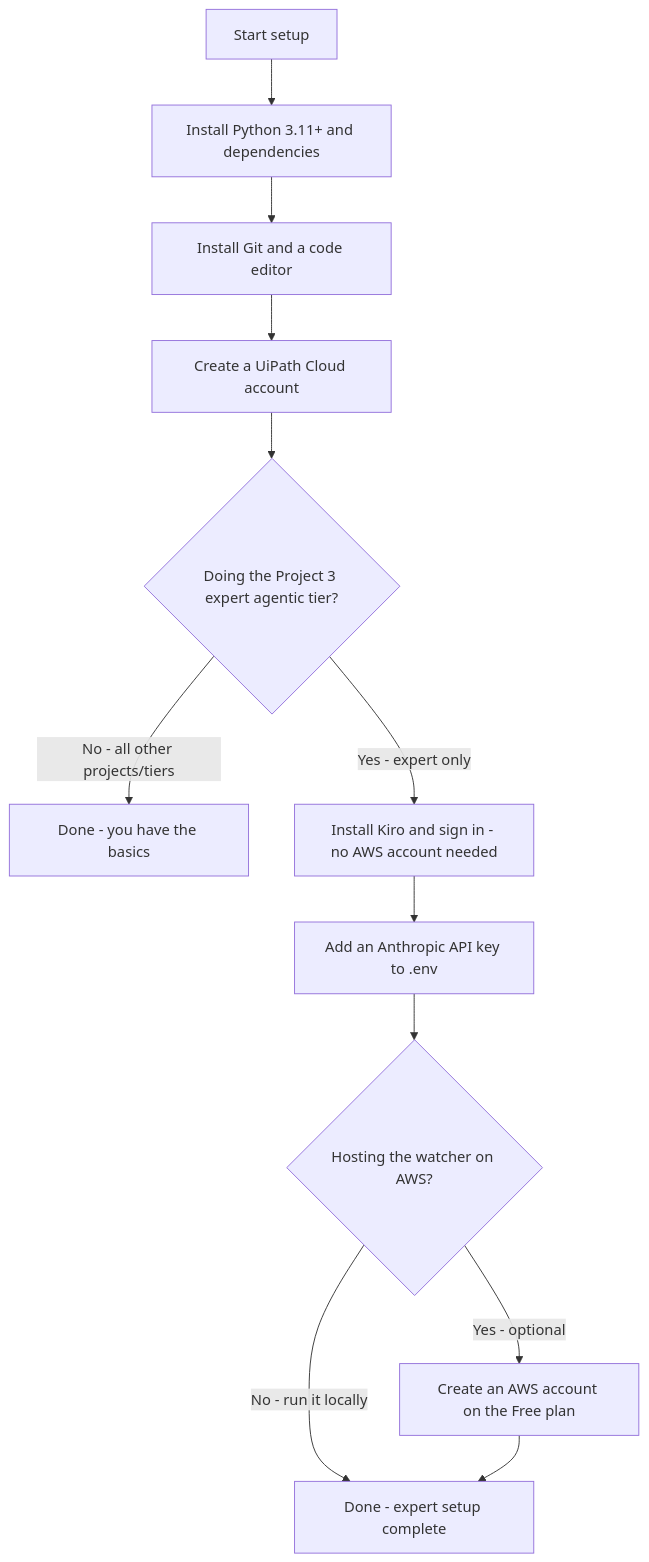
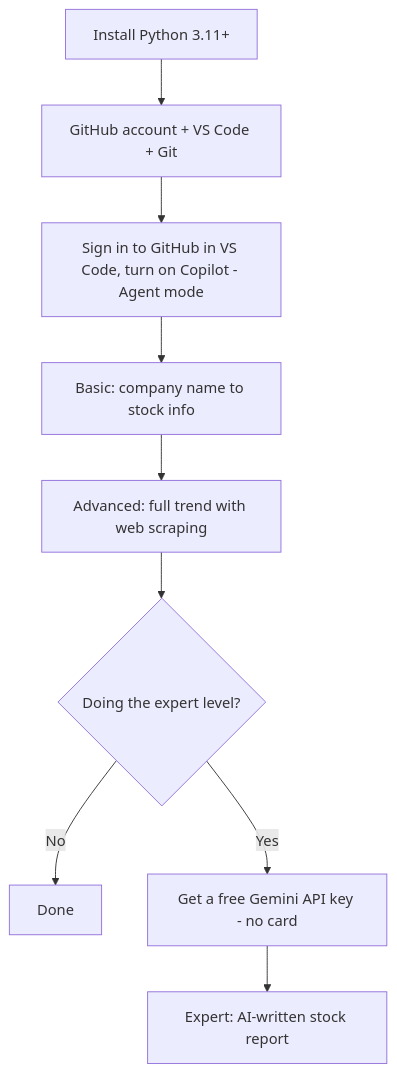
One commit to PrajwalAIProject/rpa-ai-workshop changed the diagram in 00-prerequisites/README.md. Above: the diagram before and after it, drawn with Mermaid. The commit also changed other lines of this file and 22 other files, not shown here.

First line of the commit message:
Rework Project 1 lab around GitHub Copilot prompts and a free AI API

````diff
--- a/00-prerequisites/README.md
+++ b/00-prerequisites/README.md
@@ -29,14 +26,11 @@
 ```mermaid
 flowchart TD
-    A[Start setup] --> B[Install Python 3.11+ and dependencies]
-    B --> C[Install Git and a code editor]
-    C --> D[Create a UiPath Cloud account]
-    D --> E{Doing the Project 3 expert agentic tier?}
-    E -->|No - all other projects/tiers| F[Done - you have the basics]
-    E -->|Yes - expert only| H[Install Kiro and sign in - no AWS account needed]
-    H --> I[Add an Anthropic API key to .env]
-    I --> K{Hosting the watcher on AWS?}
-    K -->|No - run it locally| J[Done - expert setup complete]
-    K -->|Yes - optional| G[Create an AWS account on the Free plan]
-    G --> J
+    A[Install Python 3.11+] --> B[GitHub account + VS Code + Git]
+    B --> C[Sign in to GitHub in VS Code, turn on Copilot - Agent mode]
+    C --> D[Basic: company name to stock info]
+    D --> E[Advanced: full trend with web scraping]
+    E --> F{Doing the expert level?}
+    F -->|No| G[Done]
+    F -->|Yes| H[Get a free Gemini API key - no card]
+    H --> I[Expert: AI-written stock report]
 ```
````
